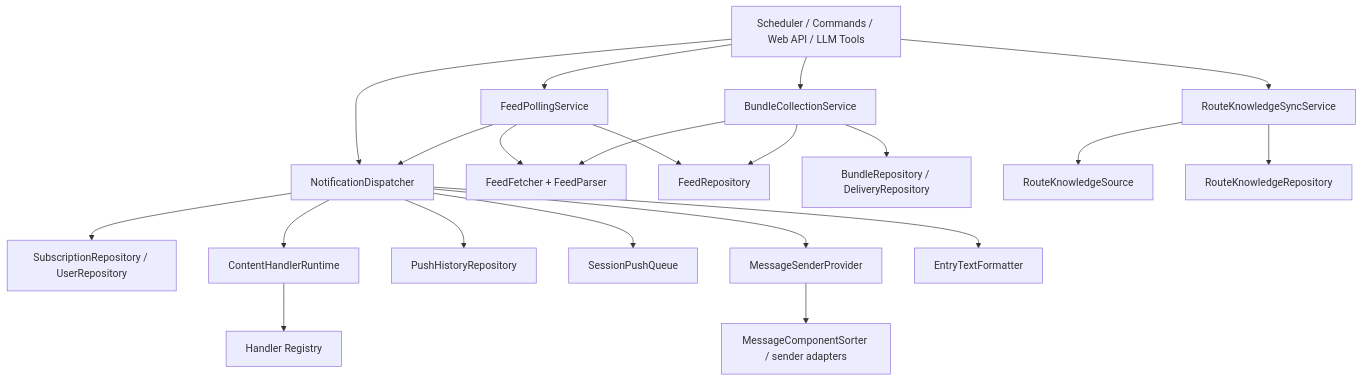
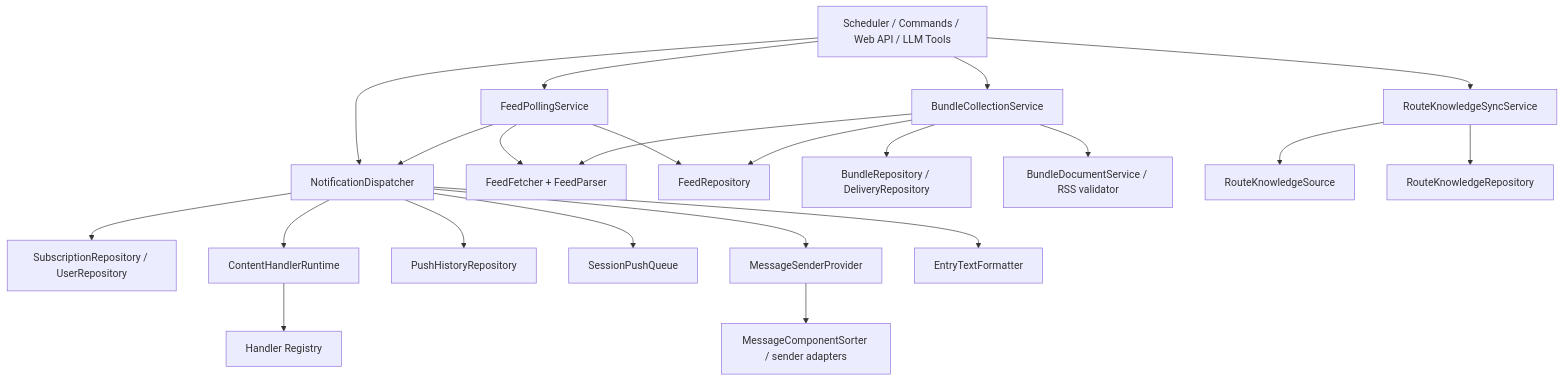
The diagram in docs/project/architecture.md (FlanChanXwO/astrbot_plugin_rsshub), drawn with Mermaid before and after one commit. The commit also changed other lines of this file and 5 other files, not shown here.

Commit message:
feat(bundle): build and process aggregate rss documents [task-14]

````diff
--- a/docs/project/architecture.md
+++ b/docs/project/architecture.md
@@ -157,28 +161,29 @@
 ```mermaid
 flowchart TD
   A["Scheduler / Commands / Web API / LLM Tools"] --> B["FeedPollingService"]
   A --> BUNDLE["BundleCollectionService"]
   A --> C["NotificationDispatcher"]
   A --> D["RouteKnowledgeSyncService"]
 
   B --> E["FeedFetcher + FeedParser"]
   B --> F["FeedRepository"]
   B --> C
 
   BUNDLE --> E
   BUNDLE --> F
   BUNDLE --> BDEL["BundleRepository / DeliveryRepository"]
+  BUNDLE --> BDOC["BundleDocumentService / RSS validator"]
 
   C --> G["SubscriptionRepository / UserRepository"]
   C --> H["ContentHandlerRuntime"]
   C --> I["PushHistoryRepository"]
   C --> J["SessionPushQueue"]
   C --> K["MessageSenderProvider"]
 
   H --> L["Handler Registry"]
   C --> M["EntryTextFormatter"]
   K --> N["MessageComponentSorter / sender adapters"]
 
   D --> O["RouteKnowledgeSource"]
   D --> P["RouteKnowledgeRepository"]
 ```
````
